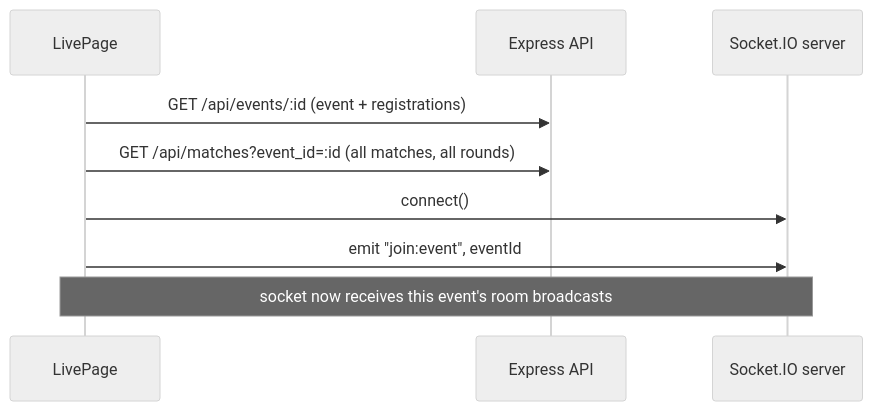
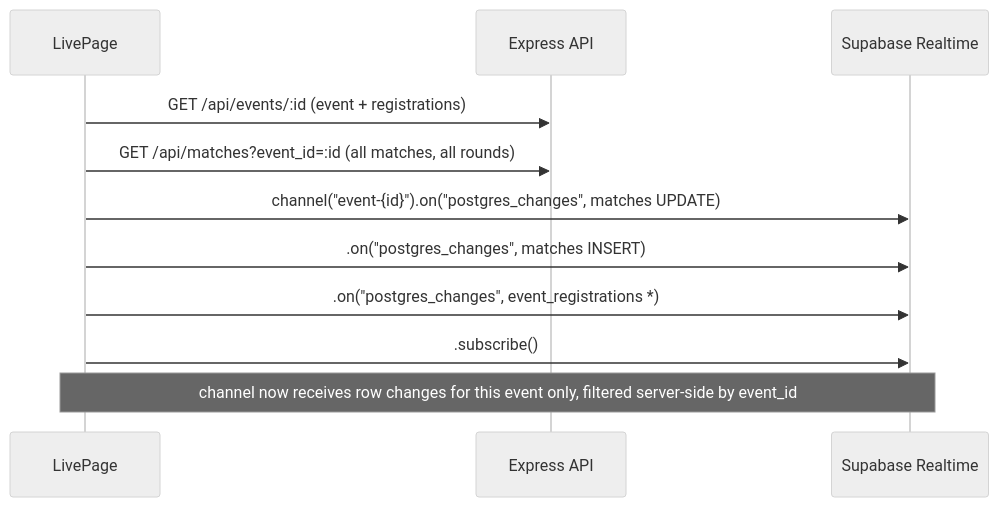
One commit to KokoYuardiA/padel-league changed the second of 2 diagrams in docs/WORKFLOWS.md. Above: the diagram before and after it, drawn with Mermaid (neutral theme). The commit also changed other lines of this file and 15 other files, not shown here.

First line of the commit message:
Migrate live scoring from Socket.IO to Supabase Realtime

````diff
--- a/docs/WORKFLOWS.md
+++ b/docs/WORKFLOWS.md
@@ -618,12 +625,14 @@
 ```mermaid
 sequenceDiagram
     participant F as LivePage
     participant API as Express API
-    participant S as Socket.IO server
+    participant R as Supabase Realtime
 
     F->>API: GET /api/events/:id  (event + registrations)
     F->>API: GET /api/matches?event_id=:id  (all matches, all rounds)
-    F->>S: connect()
-    F->>S: emit "join:event", eventId
-    Note over F,S: socket now receives this event's room broadcasts
+    F->>R: channel("event-{id}").on("postgres_changes", matches UPDATE)
+    F->>R: .on("postgres_changes", matches INSERT)
+    F->>R: .on("postgres_changes", event_registrations *)
+    F->>R: .subscribe()
+    Note over F,R: channel now receives row changes for this event only, filtered server-side by event_id
 ```
````
